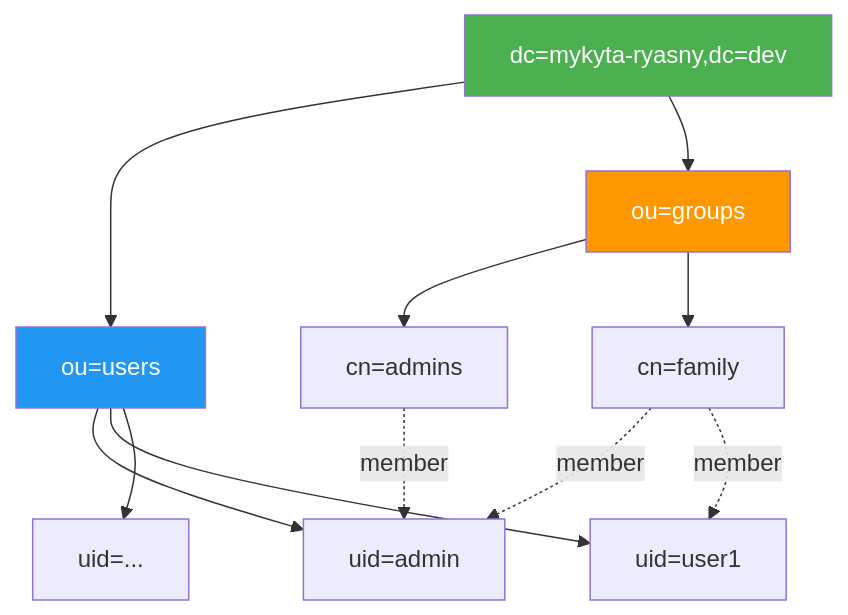
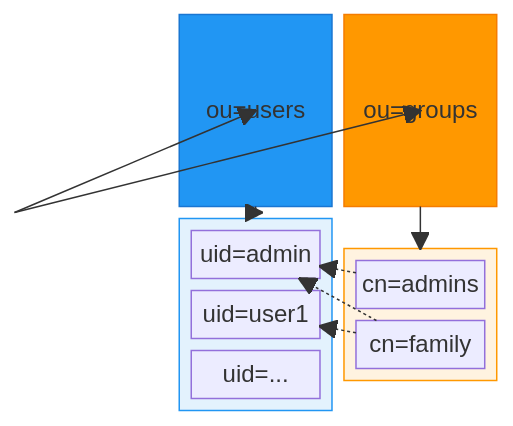
The second of 4 diagrams in docs-site/src/content/docs/guides/ldap.mdx (Mykyta-Home-Server/homeserver), drawn with Mermaid before and after one commit. The commit also changed other lines of this file and 2 other files, not shown here.

First line of the commit message:
Redesign all Mermaid diagrams using block and architecture syntax

````diff
--- a/docs-site/src/content/docs/guides/ldap.mdx
+++ b/docs-site/src/content/docs/guides/ldap.mdx
@@ -70,22 +79,35 @@
 ```mermaid
-flowchart TB
-    Root["dc=mykyta-ryasny,dc=dev"]
+block-beta
+    columns 3
 
-    Root --> Users["ou=users"]
-    Root --> Groups["ou=groups"]
+    root["dc=mykyta-ryasny,dc=dev"]:3
 
-    Users --> Admin["uid=admin"]
-    Users --> User1["uid=user1"]
-    Users --> User2["uid=..."]
+    space users["ou=users"] groups["ou=groups"]
 
-    Groups --> Admins["cn=admins"]
-    Groups --> Family["cn=family"]
+    space:1
+    block:userlist:1
+        columns 1
+        u1["uid=admin"]
+        u2["uid=user1"]
+        u3["uid=..."]
+    end
+    block:grouplist:1
+        columns 1
+        g1["cn=admins"]
+        g2["cn=family"]
+    end
 
-    Admins -.->|member| Admin
-    Family -.->|member| Admin
-    Family -.->|member| User1
+    root --> users
+    root --> groups
+    users --> userlist
+    groups --> grouplist
+    g1 -.-> u1
+    g2 -.-> u1
+    g2 -.-> u2
 
-    style Root fill:#4caf50,color:#fff
-    style Users fill:#2196f3,color:#fff
-    style Groups fill:#ff9800,color:#fff
+    style root fill:#4caf50,stroke:#388e3c
+    style users fill:#2196f3,stroke:#1976d2
+    style groups fill:#ff9800,stroke:#f57c00
+    style userlist fill:#e3f2fd,stroke:#2196f3
+    style grouplist fill:#fff3e0,stroke:#ff9800
 ```
````
